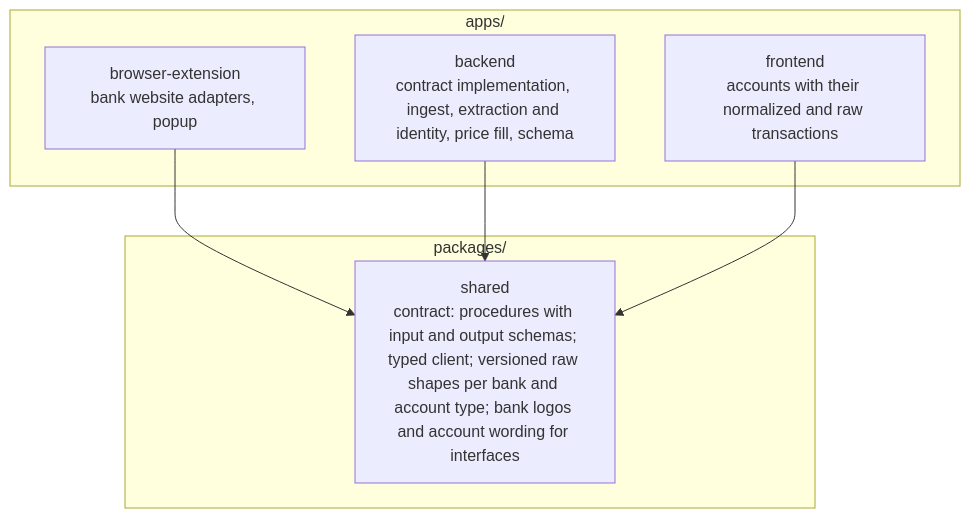
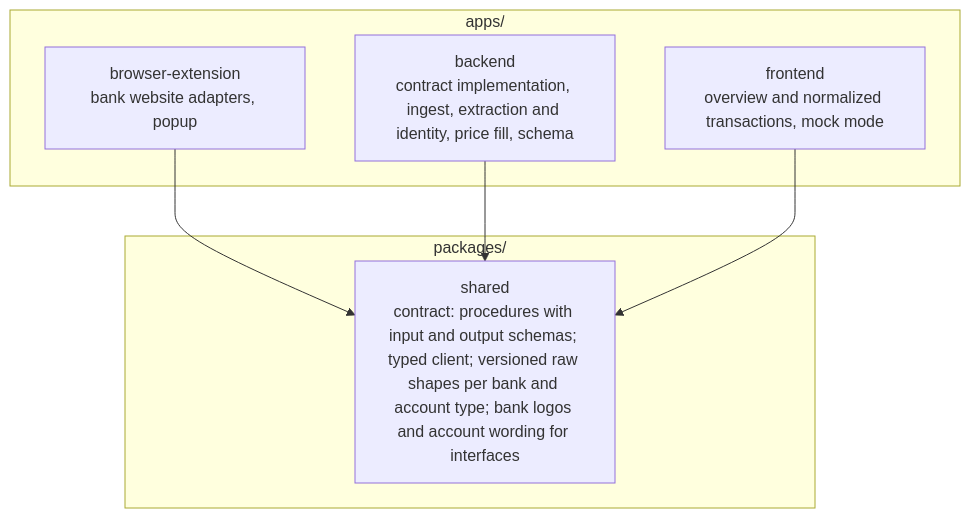
One commit to lennartmoeller/finance-tracker changed the fourth of 5 diagrams in docs/architecture.md. Above: the diagram before and after it, drawn with Mermaid. The commit also changed other lines of this file and 39 other files, not shown here.

Commit message:
feat: redesign frontend and mock frontend (#39)

````diff
--- a/docs/architecture.md
+++ b/docs/architecture.md
@@ -119,14 +119,14 @@
 ```mermaid
 flowchart TD
   subgraph apps["apps/"]
     extension["browser-extension<br/>bank website adapters, popup"]
     backend["backend<br/>contract implementation, ingest, extraction and identity, price fill, schema"]
-    frontend["frontend<br/>accounts with their normalized and raw transactions"]
+    frontend["frontend<br/>overview and normalized transactions, mock mode"]
   end
   subgraph packages["packages/"]
     shared["shared<br/>contract: procedures with input and output schemas; typed client; versioned raw shapes per bank and account type; bank logos and account wording for interfaces"]
   end
   extension --> shared
   backend --> shared
   frontend --> shared
 ```
````
